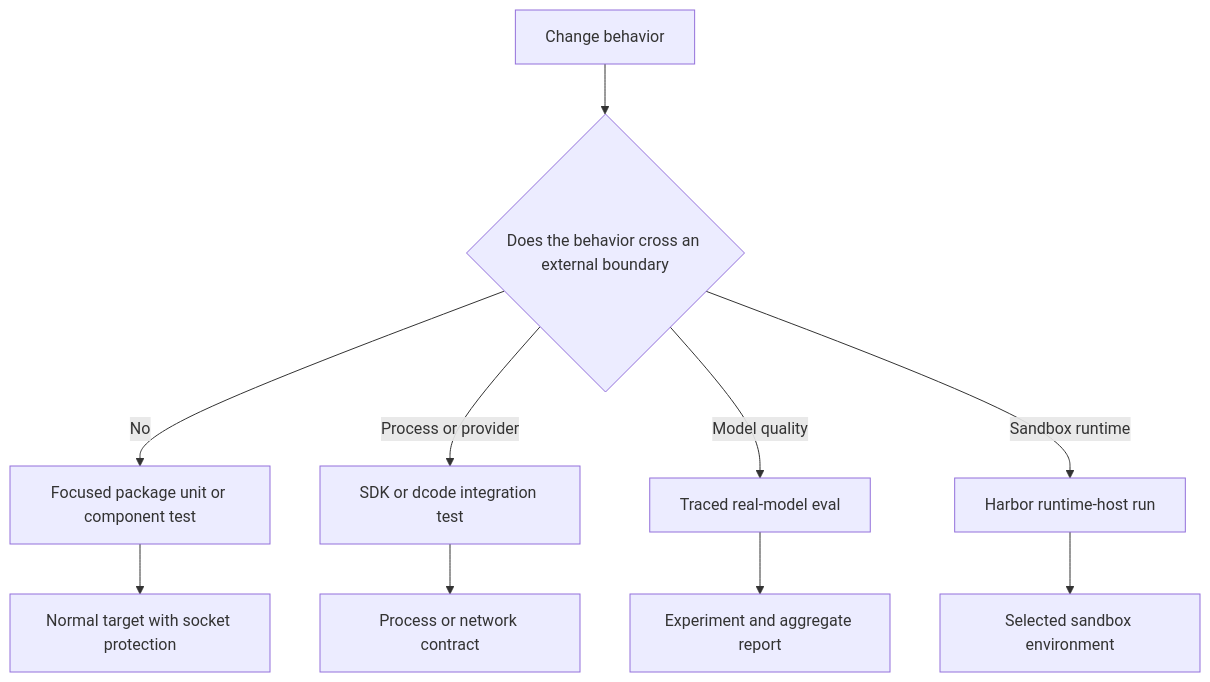
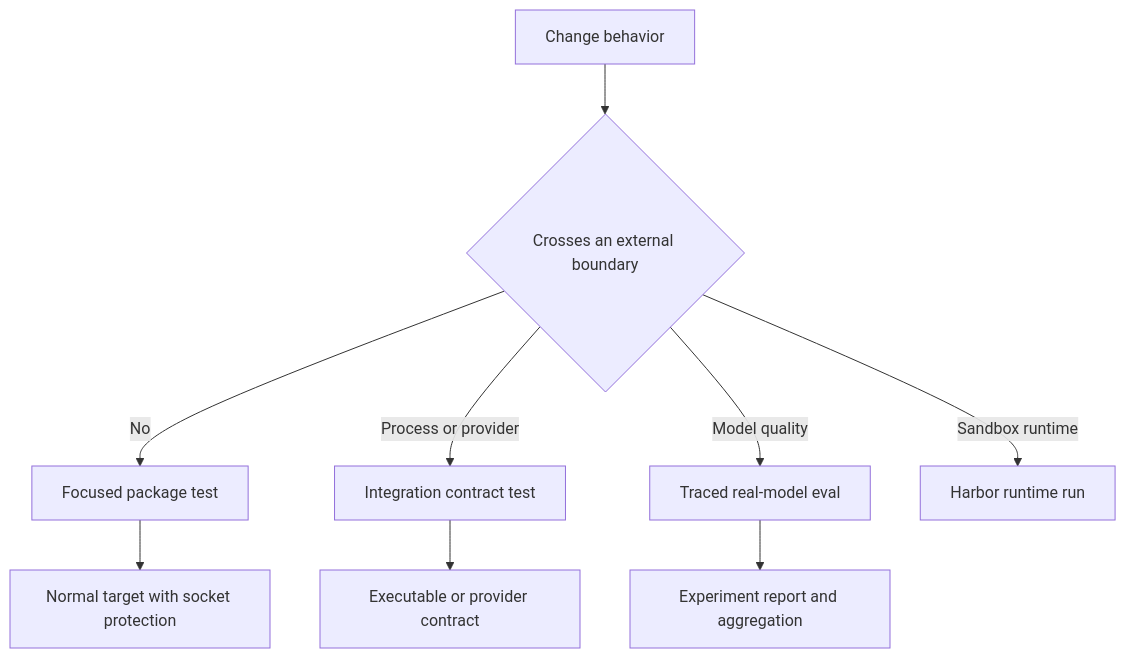
The diagram in openwiki/testing/testing-guide.md (langchain-ai/deepagents), drawn with Mermaid before and after one commit. The commit also changed other lines of this file and 63 other files, not shown here.

````diff
--- a/openwiki/testing/testing-guide.md
+++ b/openwiki/testing/testing-guide.md
@@ -75,12 +77,11 @@
 ```mermaid
 flowchart TD
-    Change["Change behavior"] --> External{"Does the behavior cross an external boundary"}
-    External -->|"No"| Unit["Focused package unit or component test"]
+    Change["Change behavior"] --> Boundary{"Crosses an external boundary"}
+    Boundary -->|"No"| Unit["Focused package test"]
     Unit --> Normal["Normal target with socket protection"]
-    External -->|"Process or provider"| Integration["SDK or dcode integration test"]
-    External -->|"Model quality"| EvalRun["Traced real-model eval"]
-    External -->|"Sandbox runtime"| Harbor["Harbor runtime-host run"]
-    Integration --> Contract["Process or network contract"]
-    EvalRun --> Report["Experiment and aggregate report"]
-    Harbor --> Sandbox["Selected sandbox environment"]
+    Boundary -->|"Process or provider"| Integration["Integration contract test"]
+    Boundary -->|"Model quality"| EvalRun["Traced real-model eval"]
+    Boundary -->|"Sandbox runtime"| Harbor["Harbor runtime run"]
+    Integration --> Contract["Executable or provider contract"]
+    EvalRun --> Report["Experiment report and aggregation"]
 ```
````
